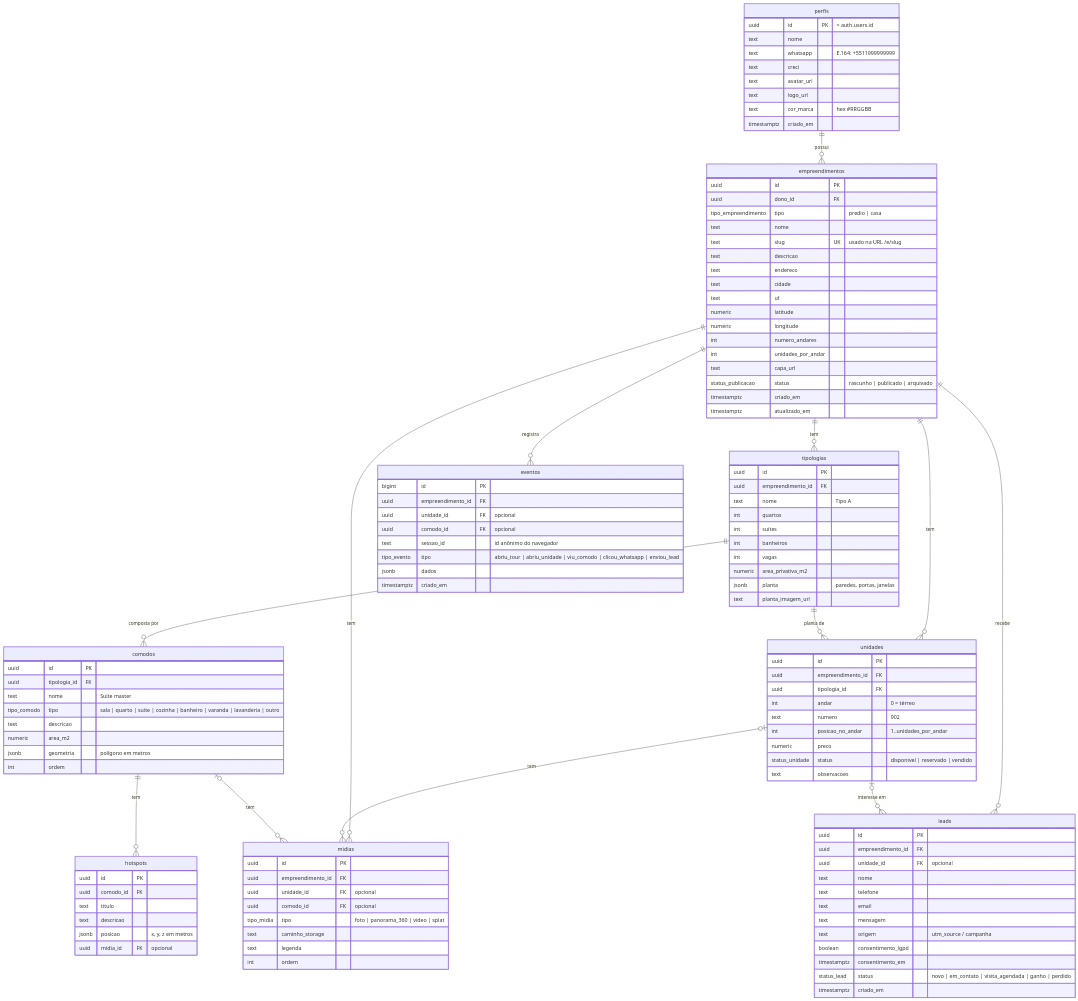
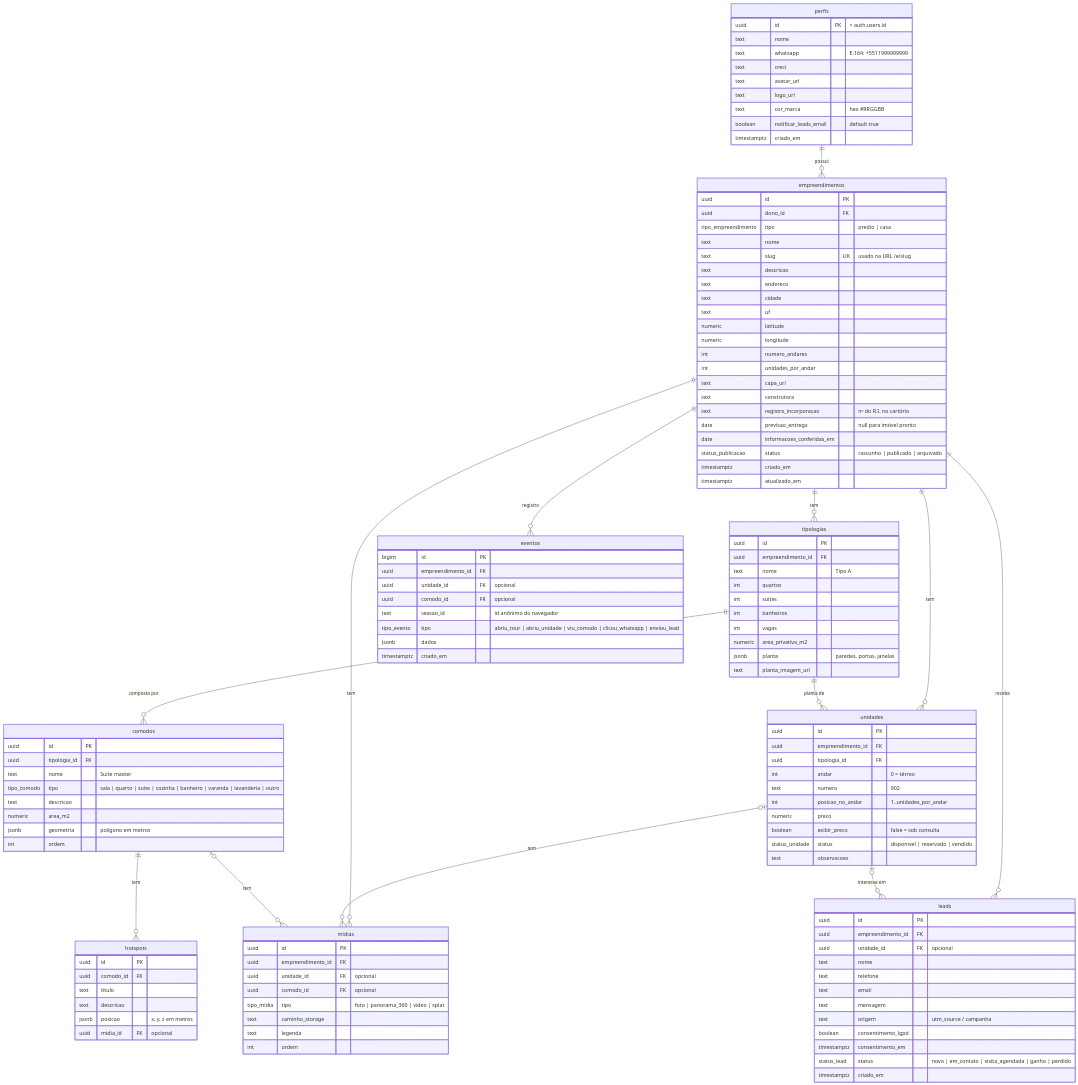
One commit to DiegoCarvalho-dev/vitrine3d changed the diagram in docs/03-modelagem-de-dados.md. Above: the diagram before and after it, drawn with Mermaid. The commit also changed other lines of this file and 3 other files, not shown here.

```diff
--- a/docs/03-modelagem-de-dados.md
+++ b/docs/03-modelagem-de-dados.md
@@ -38,6 +38,7 @@
     text avatar_url
     text logo_url
     text cor_marca "hex #RRGGBB"
+    boolean notificar_leads_email "default true"
     timestamptz criado_em
   }
 
@@ -56,6 +57,10 @@
     int numero_andares
     int unidades_por_andar
     text capa_url
+    text construtora
+    text registro_incorporacao "nº do R.I. no cartório"
+    date previsao_entrega "null para imóvel pronto"
+    date informacoes_conferidas_em
     status_publicacao status "rascunho | publicado | arquivado"
     timestamptz criado_em
     timestamptz atualizado_em
@@ -93,6 +98,7 @@
     text numero "902"
     int posicao_no_andar "1..unidades_por_andar"
     numeric preco
+    boolean exibir_preco "false = sob consulta"
     status_unidade status "disponivel | reservado | vendido"
     text observacoes
   }
```
